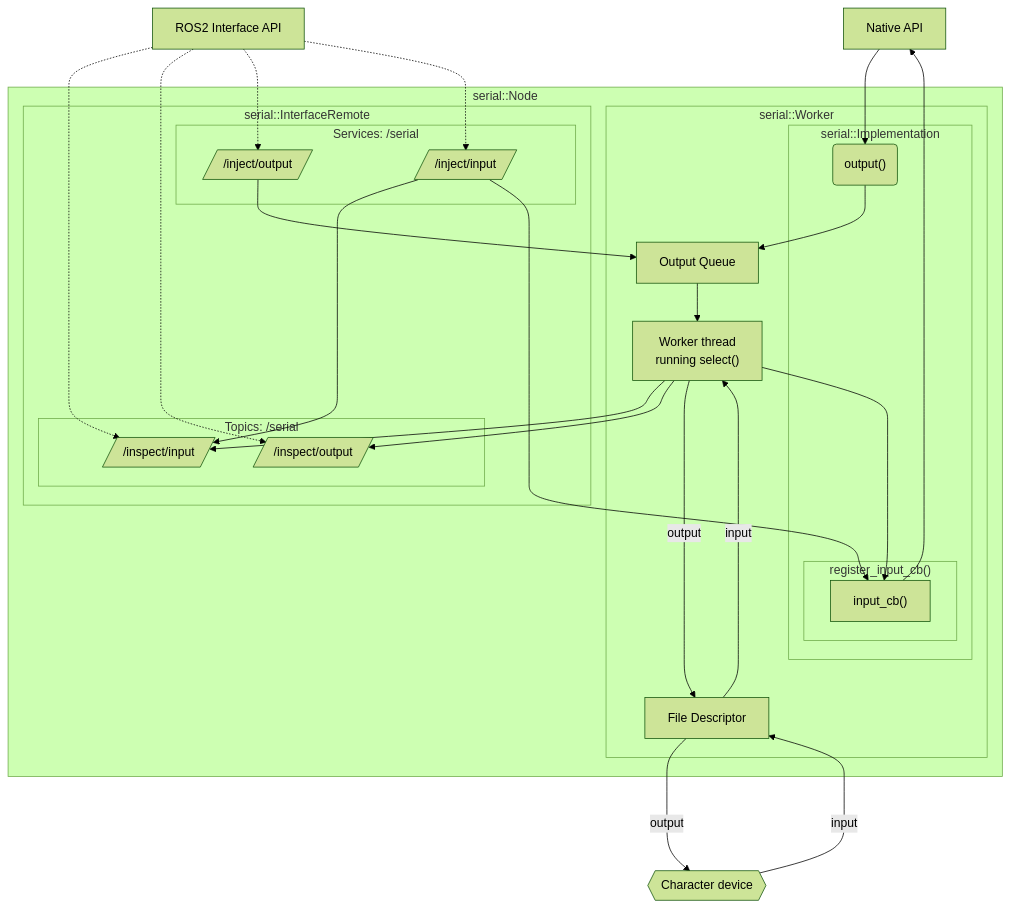
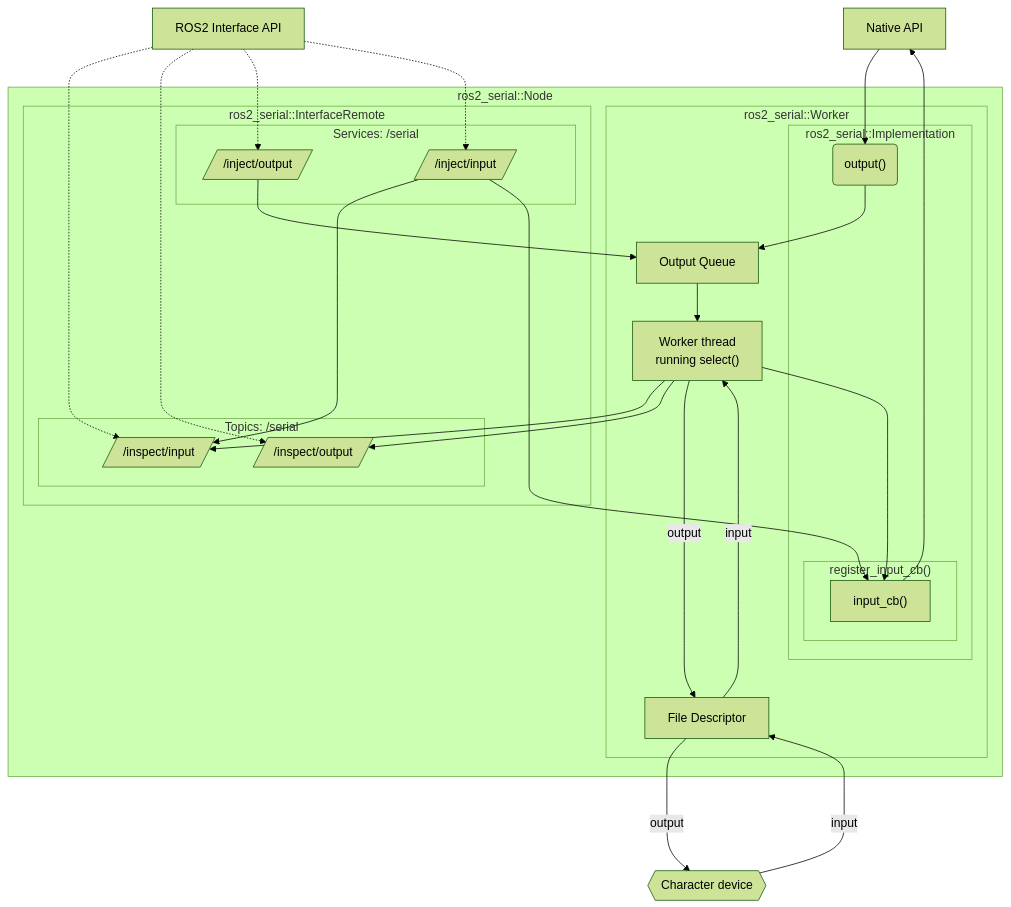
The third of 3 diagrams in README.md (openvmp/serial), drawn with Mermaid (forest theme) before and after one commit. The commit also changed other lines of this file and 1 other file, not shown here.

````diff
--- a/README.md
+++ b/README.md
@@ -78,58 +78,58 @@
 ```mermaid
 flowchart TB
     owner["Native API"]
     external["ROS2 Interface API"]
 
-    subgraph node["serial::Node"]
+    subgraph node["ros2_serial::Node"]
 
-      subgraph interface_ros2["serial::InterfaceRemote"]
+      subgraph interface_ros2["ros2_serial::InterfaceRemote"]
         subgraph topics["Topics: /serial"]
           published_input[//inspect/input/]
           published_output[//inspect/output/]
         end
 
         subgraph services["Services: /serial"]
           service_send[//inject/output/]
           service_recv[//inject/input/]
         end
       end
 
-      subgraph worker["serial::Worker"]
+      subgraph worker["ros2_serial::Worker"]
         output_queue["Output Queue"]
         thread["Worker thread\nrunning select()"]
 
-        subgraph interface_native["serial::Implementation"]
+        subgraph interface_native["ros2_serial::Implementation"]
           subgraph register_input_cb["register_input_cb()"]
             input_cb["input_cb()"]
           end
           output("output()")
         end
 
         fd["File Descriptor"]
       end
 
     end
     file{{"Character device"}}
 
     %% owner -- "Constructor\nwith parameters" ----> node
     owner --> output --> output_queue
     %% owner --> register_input_cb
 
     external .-> published_input
     external .-> published_output
     external .-> service_send
     external .-> service_recv
 
     service_recv --> published_input
     service_recv --> input_cb
 
     service_send --> output_queue
     output_queue --> thread
     thread --> published_input
     thread --> published_output
     thread ---> input_cb --> owner
 
     file -- "input" ---> fd -- "input" ----> thread
     thread -- "output" --> fd -- "output" --> file
 
 ```
````
